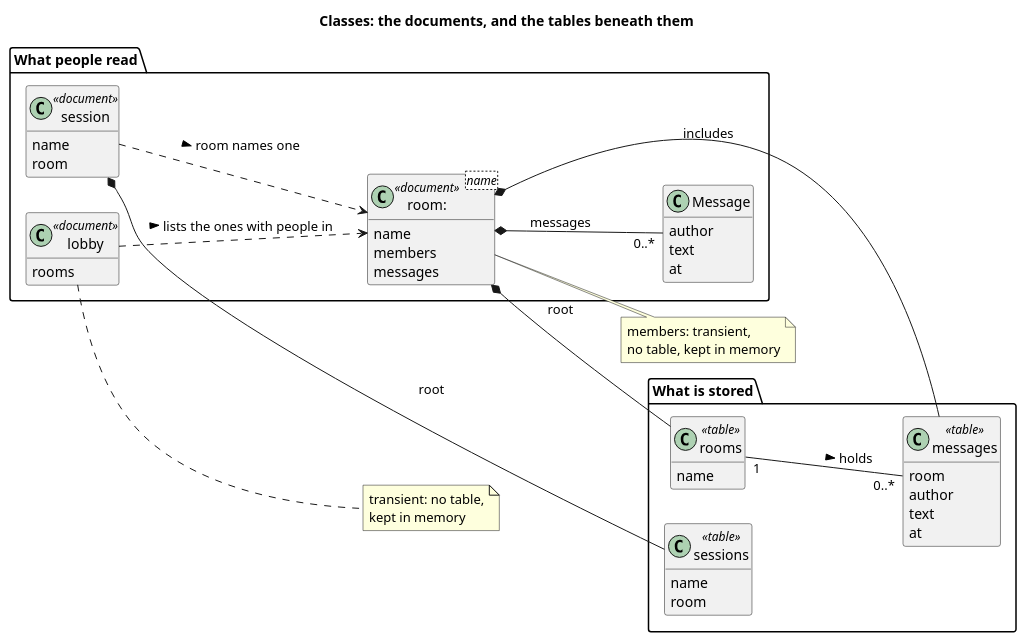
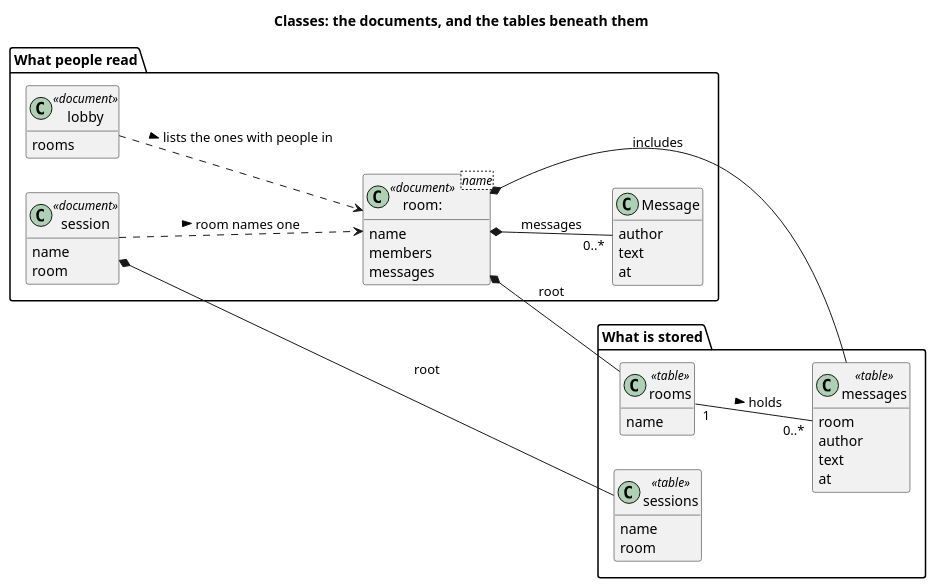
The diagram in uml/src/classes.puml (blueshed/dzql), drawn with PlantUML before and after one commit.

Commit message:
uml: no notes on the transient parts -- 'transient' says it

```diff
--- a/uml/src/classes.puml
+++ b/uml/src/classes.puml
@@ -1,53 +1,51 @@
 @startuml
 title Classes: the documents, and the tables beneath them
 hide empty methods
 left to right direction
 
 package "What people read" {
   class "room:<name>" as RoomDoc <<document>> {
     name
     members
     messages
   }
   class "session" as SessionDoc <<document>> {
     name
     room
   }
   class "lobby" as LobbyDoc <<document>> {
     rooms
   }
   class Message {
     author
     text
     at
   }
 }
 
 package "What is stored" {
   class rooms <<table>> {
     name
   }
   class messages <<table>> {
     room
     author
     text
     at
   }
   class sessions <<table>> {
     name
     room
   }
 }
 
 RoomDoc *-- "0..*" Message : messages
 SessionDoc ..> RoomDoc : room names one >
 LobbyDoc ..> RoomDoc : lists the ones with people in >
 
 RoomDoc *-- rooms : root
 RoomDoc *-- messages : includes
 SessionDoc *-- sessions : root
 rooms "1" -- "0..*" messages : holds >
 
-note right of RoomDoc : members: transient,\nno table, kept in memory
-note right of LobbyDoc : transient: no table,\nkept in memory
 @enduml
```
